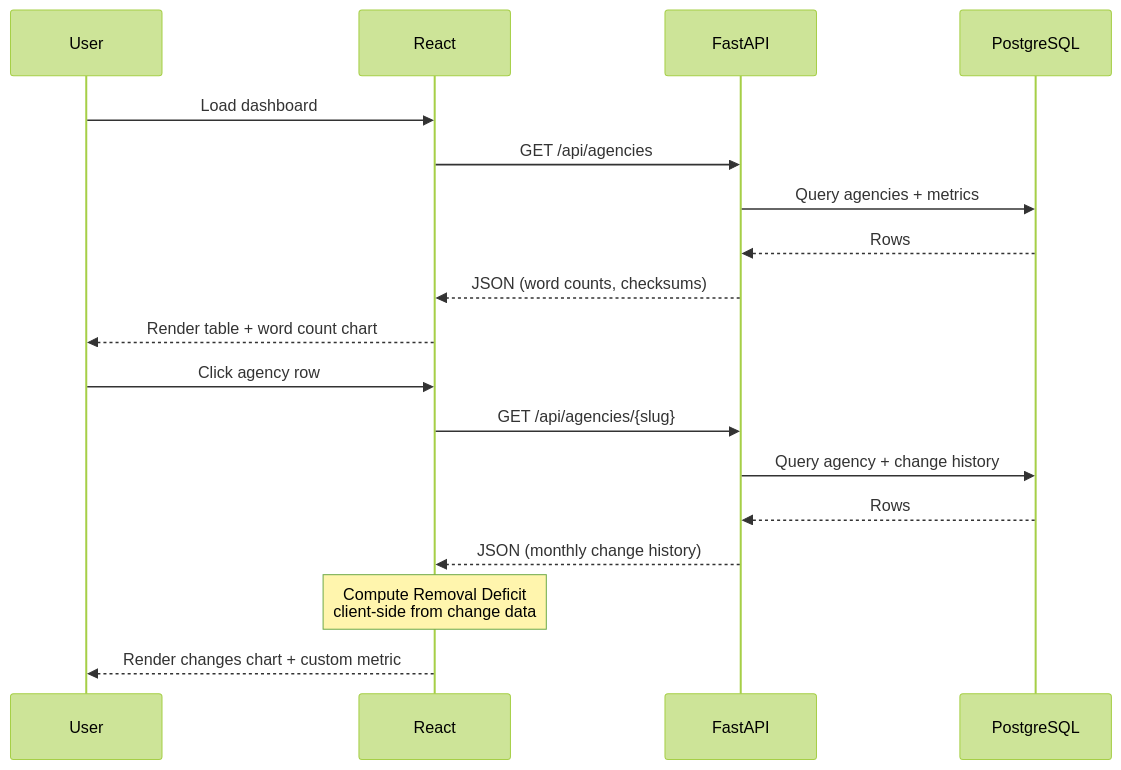
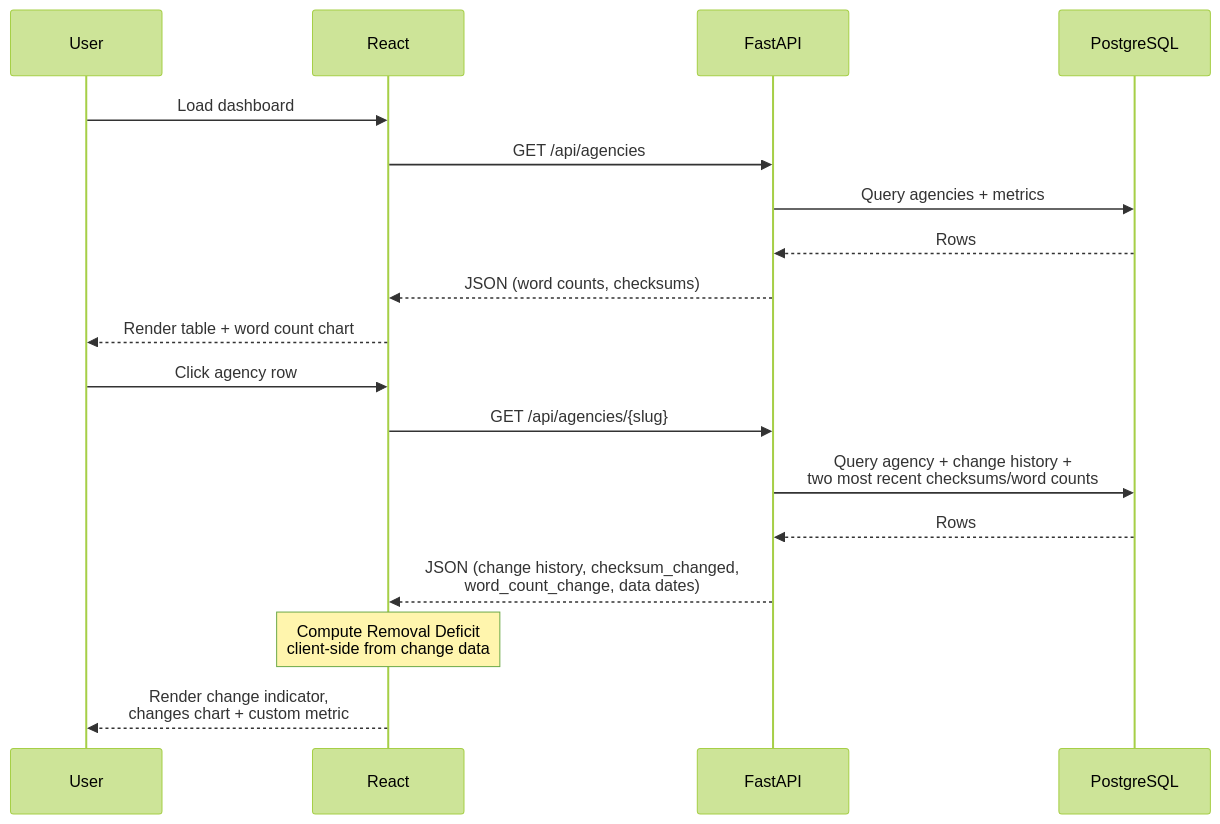
The second of 2 diagrams in README.md (Valerie-Freeman/ecfr-analyzer), drawn with Mermaid (forest theme) before and after one commit. The commit also changed other lines of this file and 10 other files, not shown here.

First line of the commit message:
Add change detection: preserve word count/checksum history, seed baseline on first deploy

````diff
--- a/README.md
+++ b/README.md
@@ -82,22 +91,22 @@
 ```mermaid
 sequenceDiagram
     participant U as User
     participant R as React
     participant F as FastAPI
     participant DB as PostgreSQL
 
     U->>R: Load dashboard
     R->>F: GET /api/agencies
     F->>DB: Query agencies + metrics
     DB-->>F: Rows
     F-->>R: JSON (word counts, checksums)
     R-->>U: Render table + word count chart
 
     U->>R: Click agency row
     R->>F: GET /api/agencies/{slug}
-    F->>DB: Query agency + change history
+    F->>DB: Query agency + change history +<br/>two most recent checksums/word counts
     DB-->>F: Rows
-    F-->>R: JSON (monthly change history)
+    F-->>R: JSON (change history, checksum_changed,<br/>word_count_change, data dates)
     Note over R: Compute Removal Deficit<br/>client-side from change data
-    R-->>U: Render changes chart + custom metric
+    R-->>U: Render change indicator,<br/>changes chart + custom metric
 ```
````
